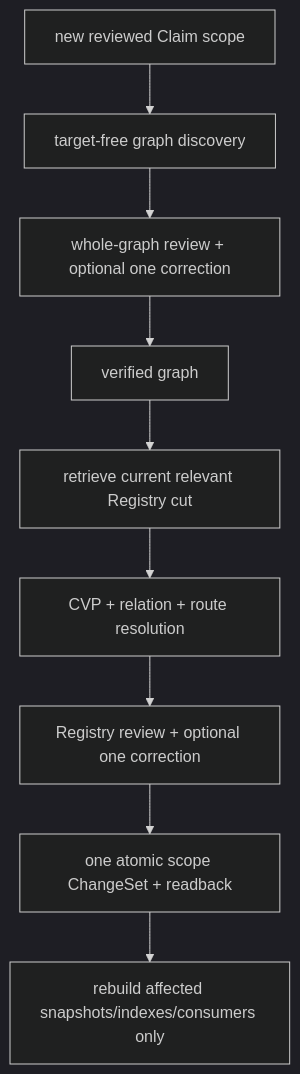
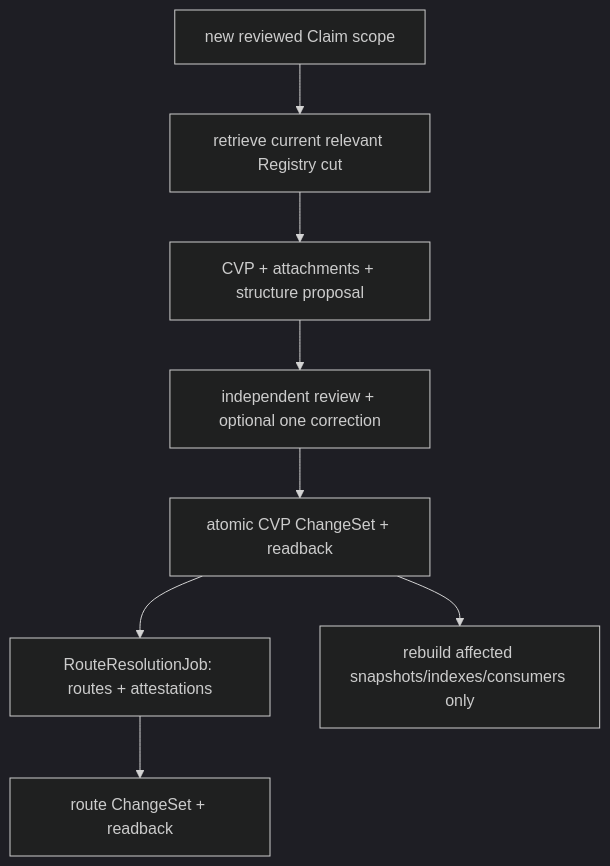
One commit to junyang168/smart-answer changed the eighth of 9 diagrams in docs/wang-knowledge-platform/canonical_viewpoint_registry_design_v1.md. Above: the diagram before and after it, drawn with Mermaid (dark theme). The commit also changed other lines of this file, not shown here.

First line of the commit message:
docs: scope CVP revision to identity and structure

````diff
--- a/docs/wang-knowledge-platform/canonical_viewpoint_registry_design_v1.md
+++ b/docs/wang-knowledge-platform/canonical_viewpoint_registry_design_v1.md
@@ -2099,11 +2089,10 @@
 ```mermaid
 flowchart TD
-    S["new reviewed Claim scope"] --> G["target-free graph discovery"]
-    G --> V["whole-graph review + optional one correction"]
-    V --> C["verified graph"]
-    C --> R["retrieve current relevant Registry cut"]
-    R --> P["CVP + relation + route resolution"]
-    P --> Q["Registry review + optional one correction"]
-    Q --> A["one atomic scope ChangeSet + readback"]
+    S["new reviewed Claim scope"] --> R["retrieve current relevant Registry cut"]
+    R --> P["CVP + attachments + structure proposal"]
+    P --> Q["independent review + optional one correction"]
+    Q --> A["atomic CVP ChangeSet + readback"]
+    A --> RJ["RouteResolutionJob: routes + attestations"]
+    RJ --> A2["route ChangeSet + readback"]
     A --> I["rebuild affected snapshots/indexes/consumers only"]
 ```
````
